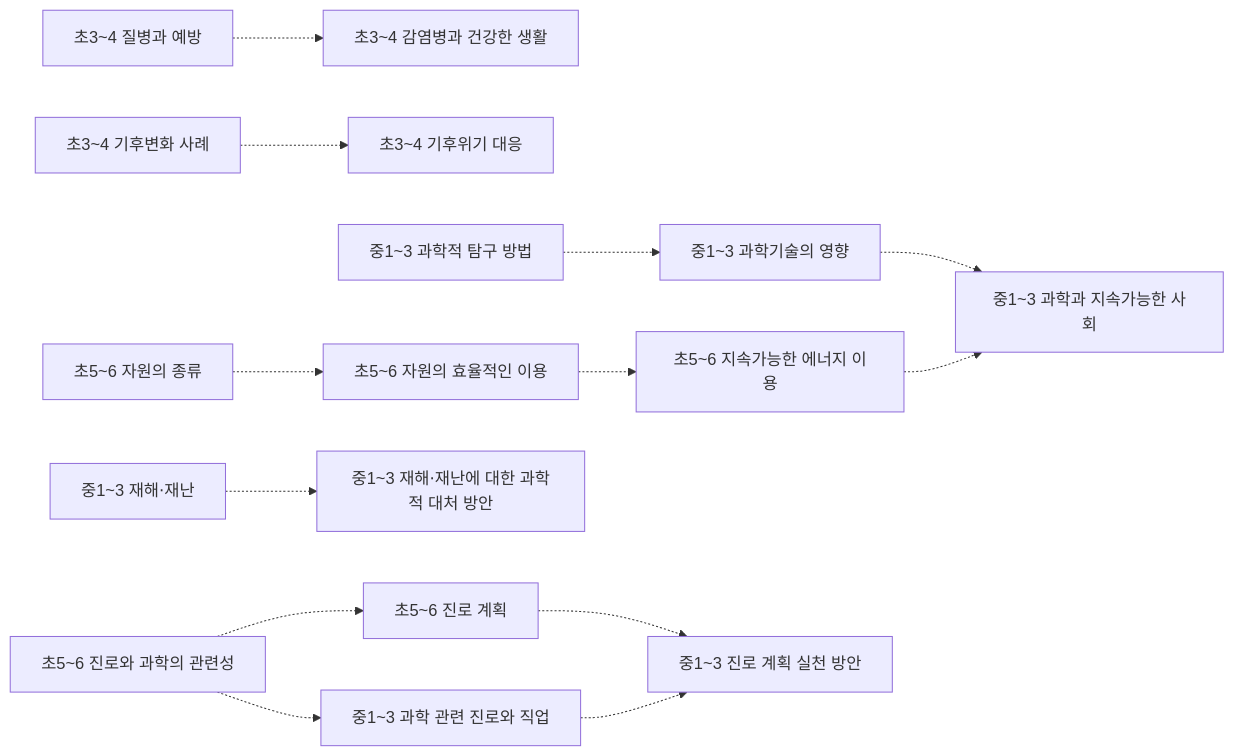
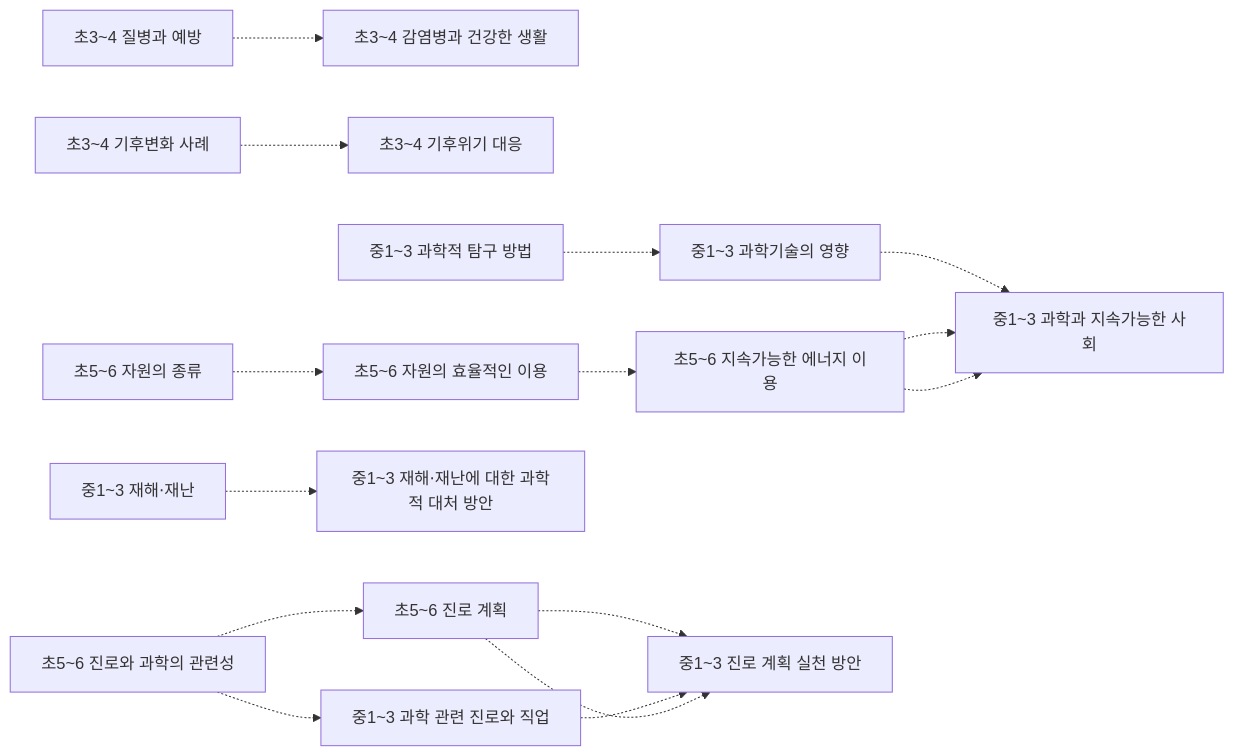
One commit to jalnanco/korea-learning-map changed the fifth of 5 diagrams in docs/과학-개념-지도.md. Above: the diagram before and after it, drawn with Mermaid. The commit also changed other lines of this file and 31 other files, not shown here.

````diff
--- a/docs/과학-개념-지도.md
+++ b/docs/과학-개념-지도.md
@@ -2054,31 +2102,33 @@
 ```mermaid
 flowchart LR
   n0["초3~4 질병과 예방"]
   n1["초3~4 감염병과 건강한 생활"]
   n2["초3~4 기후변화 사례"]
   n3["초3~4 기후위기 대응"]
   n4["초5~6 자원의 종류"]
   n5["초5~6 자원의 효율적인 이용"]
   n6["초5~6 지속가능한 에너지 이용"]
   n7["초5~6 진로와 과학의 관련성"]
   n8["초5~6 진로 계획"]
   n9["중1~3 재해⋅재난"]
   n10["중1~3 재해⋅재난에 대한 과학적 대처 방안"]
   n11["중1~3 과학적 탐구 방법"]
   n12["중1~3 과학기술의 영향"]
   n13["중1~3 과학과 지속가능한 사회"]
   n14["중1~3 과학 관련 진로와 직업"]
   n15["중1~3 진로 계획 실천 방안"]
   n0 -.-> n1
   n9 -.-> n10
   n2 -.-> n3
   n4 -.-> n5
   n5 -.-> n6
   n11 -.-> n12
   n12 -.-> n13
   n6 -.-> n13
   n7 -.-> n8
   n7 -.-> n14
   n8 -.-> n15
   n14 -.-> n15
+  n8 -.-> n15
+  n6 -.-> n13
 ```
````
